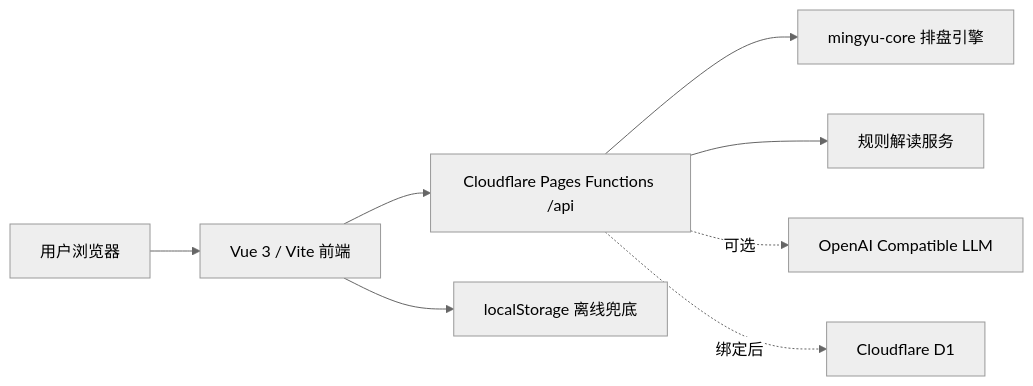
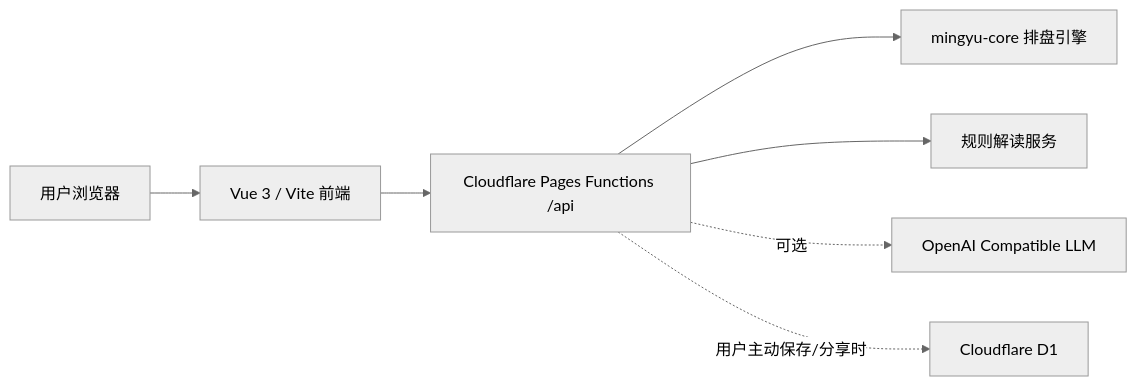
The diagram in docs/startup-mvp-architecture.md (zaz52/yulesuangua), drawn with Mermaid (neutral theme) before and after one commit. The commit also changed other lines of this file and 8 other files, not shown here.

````diff
--- a/docs/startup-mvp-architecture.md
+++ b/docs/startup-mvp-architecture.md
@@ -7,10 +7,9 @@
 ```mermaid
 flowchart LR
   U["用户浏览器"] --> V["Vue 3 / Vite 前端"]
   V --> A["Cloudflare Pages Functions /api"]
   A --> C["mingyu-core 排盘引擎"]
   A --> R["规则解读服务"]
   A -.可选.-> L["OpenAI Compatible LLM"]
-  A -.绑定后.-> D["Cloudflare D1"]
-  V --> LS["localStorage 离线兜底"]
+  A -.用户主动保存/分享时.-> D["Cloudflare D1"]
 ```
````
